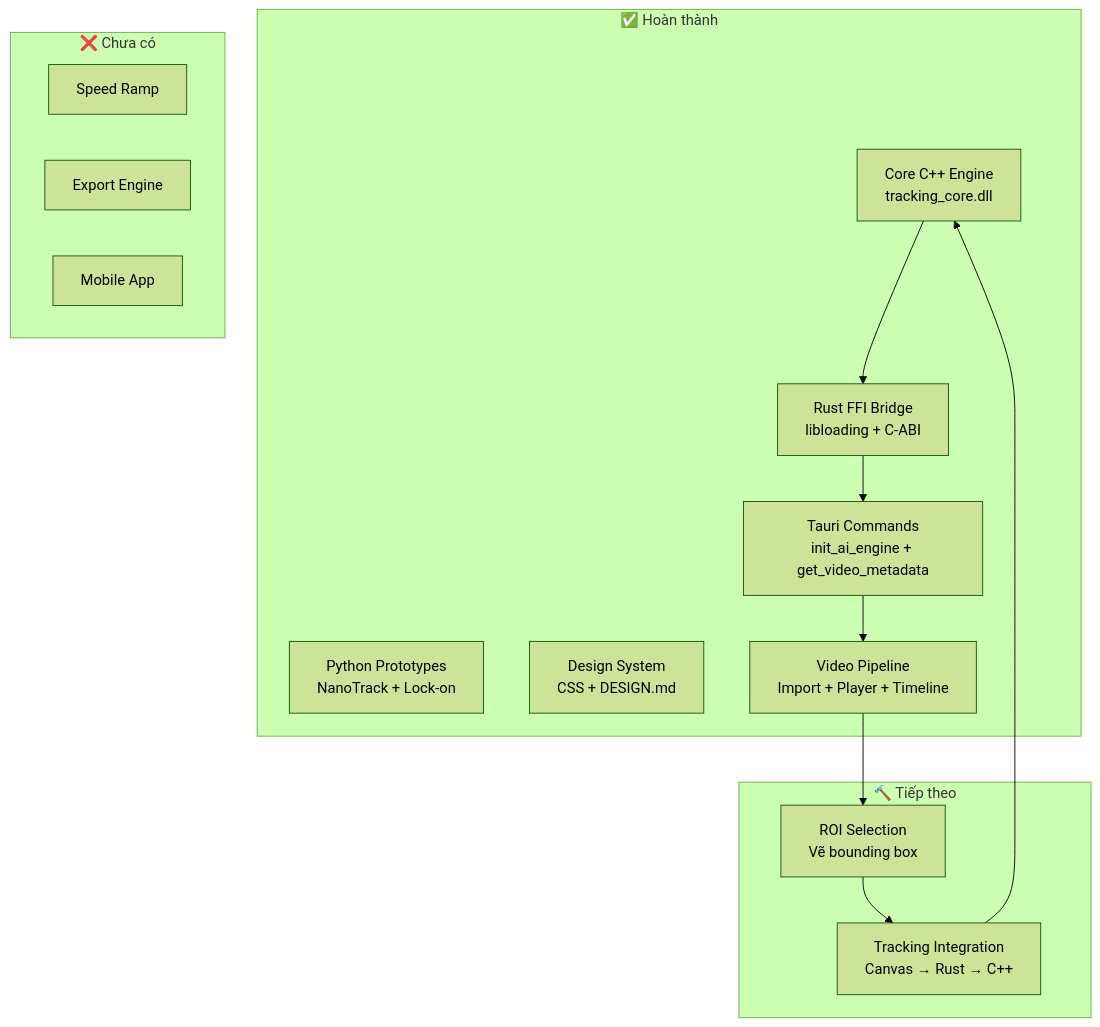
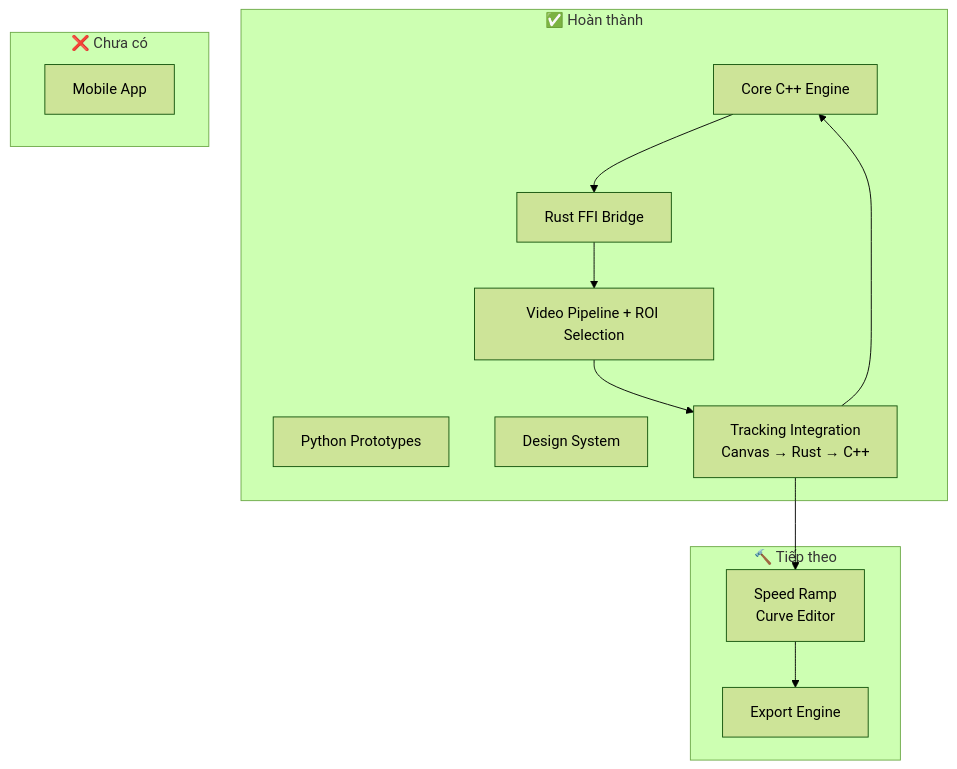
Before and after one commit to patto220048/tracking-app: the diagram in project_status.md, drawn with Mermaid (forest theme). The commit also changed other lines of this file, not shown here.

Commit message:
docs: update project status milestones and timeline progress

````diff
--- a/project_status.md
+++ b/project_status.md
@@ -86,25 +77,24 @@
 ```mermaid
 graph TB
     subgraph "✅ Hoàn thành"
-        A[Python Prototypes<br/>NanoTrack + Lock-on] 
-        B[Core C++ Engine<br/>tracking_core.dll]
-        C[Rust FFI Bridge<br/>libloading + C-ABI]
-        D[Design System<br/>CSS + DESIGN.md]
-        E[Video Pipeline<br/>Import + Player + Timeline]
-        F[Tauri Commands<br/>init_ai_engine + get_video_metadata]
+        A[Python Prototypes] 
+        B[Core C++ Engine]
+        C[Rust FFI Bridge]
+        D[Design System]
+        E[Video Pipeline + ROI Selection]
+        F[Tracking Integration<br/>Canvas → Rust → C++]
     end
     
     subgraph "🔨 Tiếp theo"
-        G[ROI Selection<br/>Vẽ bounding box]
-        H[Tracking Integration<br/>Canvas → Rust → C++]
+        G[Speed Ramp<br/>Curve Editor]
+        H[Export Engine]
     end
     
     subgraph "❌ Chưa có"
-        I[Speed Ramp]
-        J[Export Engine]
-        K[Mobile App]
+        I[Mobile App]
     end
     
-    B --> C --> F --> E
-    E --> G --> H --> B
+    B --> C --> E
+    E --> F --> B
+    F --> G --> H
 ```
````
